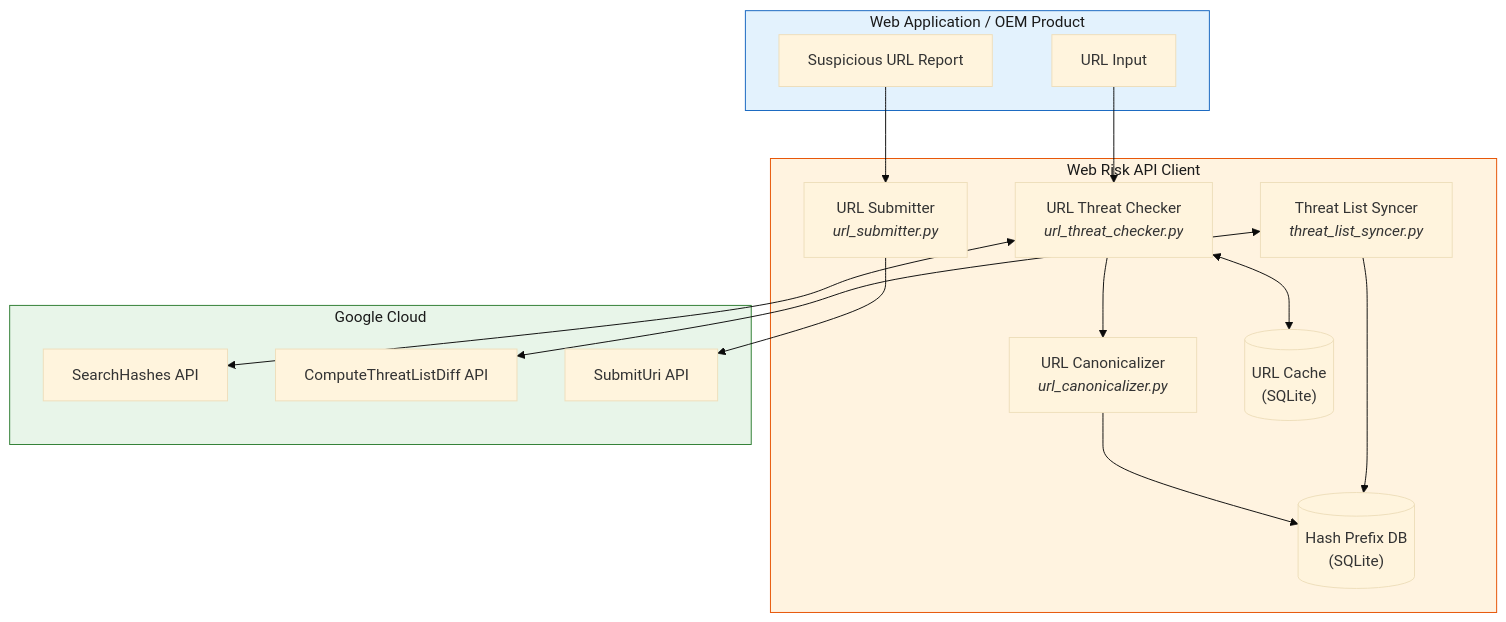
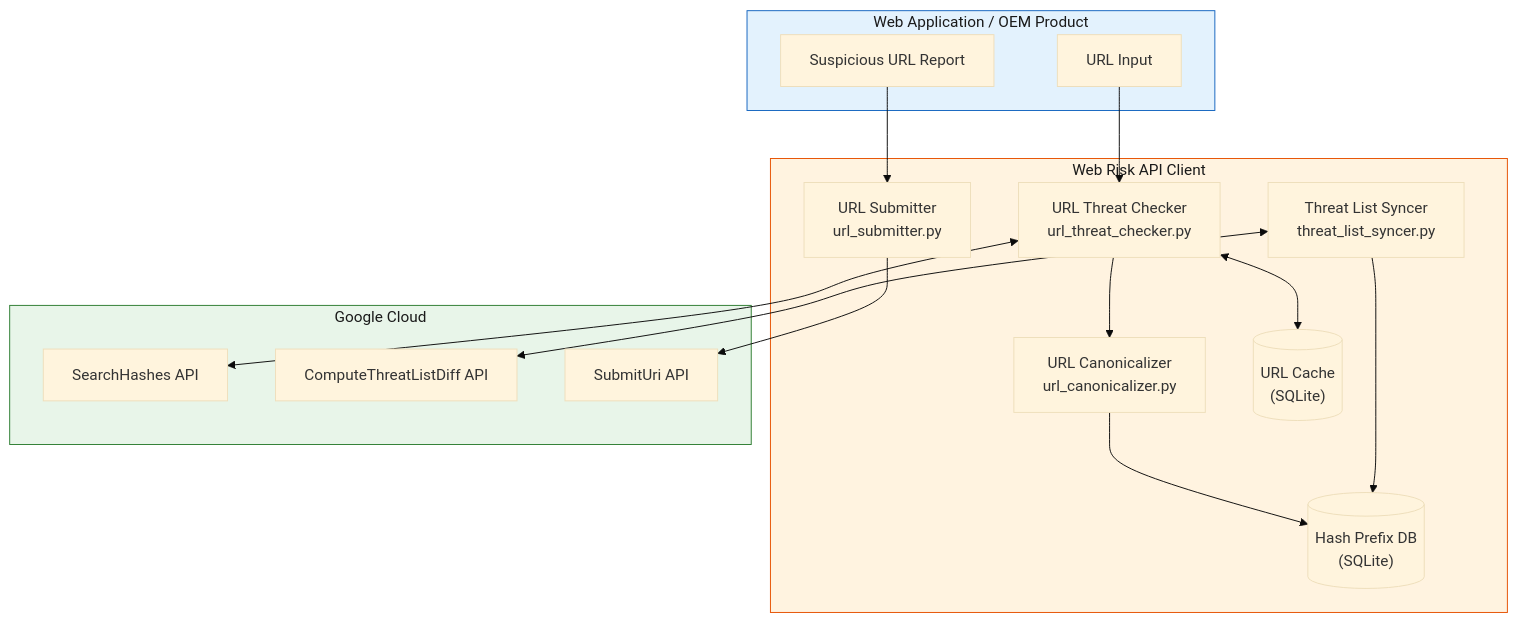
The first of 9 diagrams in WORKFLOW_GUIDE.md (kataroya/web-risk-cli), drawn with Mermaid (base theme) before and after one commit. The commit also changed other lines of this file, not shown here.

Commit message:
refactor: Improve flowchart readability by removing unnecessary HTML breaks in Workflow Guide

````diff
--- a/WORKFLOW_GUIDE.md
+++ b/WORKFLOW_GUIDE.md
@@ -38,36 +38,36 @@
 ```mermaid
 graph TB
     subgraph APP["Web Application / OEM Product"]
         URL_INPUT["URL Input"]
         SUSPICIOUS["Suspicious URL Report"]
     end
 
     subgraph CLIENT["Web Risk API Client"]
-        CHECKER["URL Threat Checker<br/><i>url_threat_checker.py</i>"]
-        CANON["URL Canonicalizer<br/><i>url_canonicalizer.py</i>"]
-        SYNCER["Threat List Syncer<br/><i>threat_list_syncer.py</i>"]
-        SUBMITTER["URL Submitter<br/><i>url_submitter.py</i>"]
+        CHECKER["URL Threat Checker<br/>url_threat_checker.py"]
+        CANON["URL Canonicalizer<br/>url_canonicalizer.py"]
+        SYNCER["Threat List Syncer<br/>threat_list_syncer.py"]
+        SUBMITTER["URL Submitter<br/>url_submitter.py"]
         CACHE[("URL Cache<br/>(SQLite)")]
         HASHDB[("Hash Prefix DB<br/>(SQLite)")]
     end
 
     subgraph GOOGLE["Google Cloud"]
         SEARCH_API["SearchHashes API"]
         DIFF_API["ComputeThreatListDiff API"]
         SUBMIT_API["SubmitUri API"]
     end
 
     URL_INPUT --> CHECKER
     CHECKER <--> CACHE
     CHECKER --> CANON
     CHECKER <--> SEARCH_API
     CANON --> HASHDB
     SYNCER <--> DIFF_API
     SYNCER --> HASHDB
     SUSPICIOUS --> SUBMITTER
     SUBMITTER --> SUBMIT_API
 
     style APP fill:#e3f2fd,stroke:#1565c0,color:#1a1a1a
     style CLIENT fill:#fff3e0,stroke:#e65100,color:#1a1a1a
     style GOOGLE fill:#e8f5e9,stroke:#2e7d32,color:#1a1a1a
 ```
````
